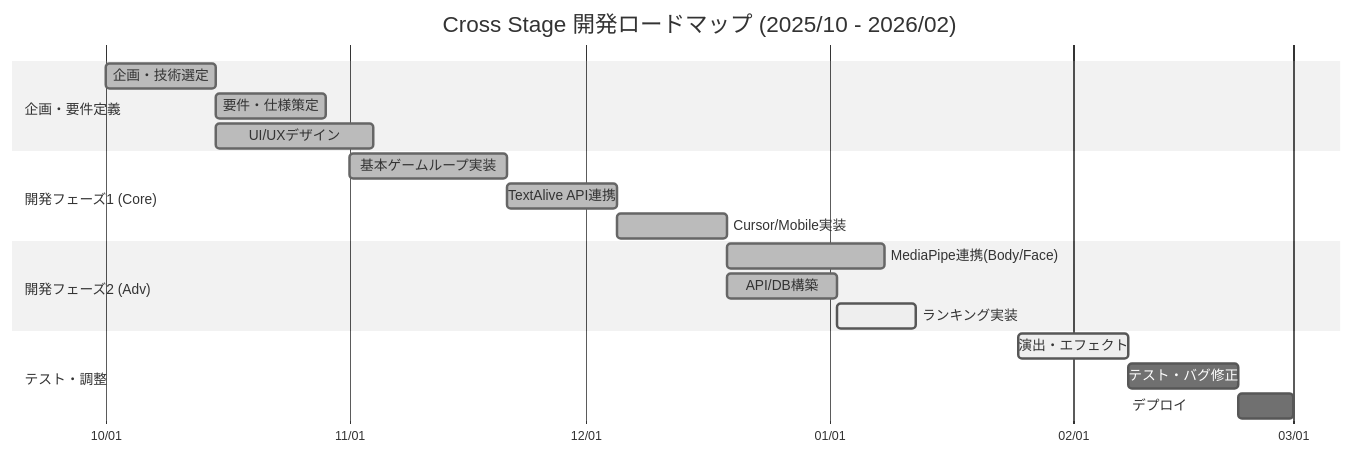
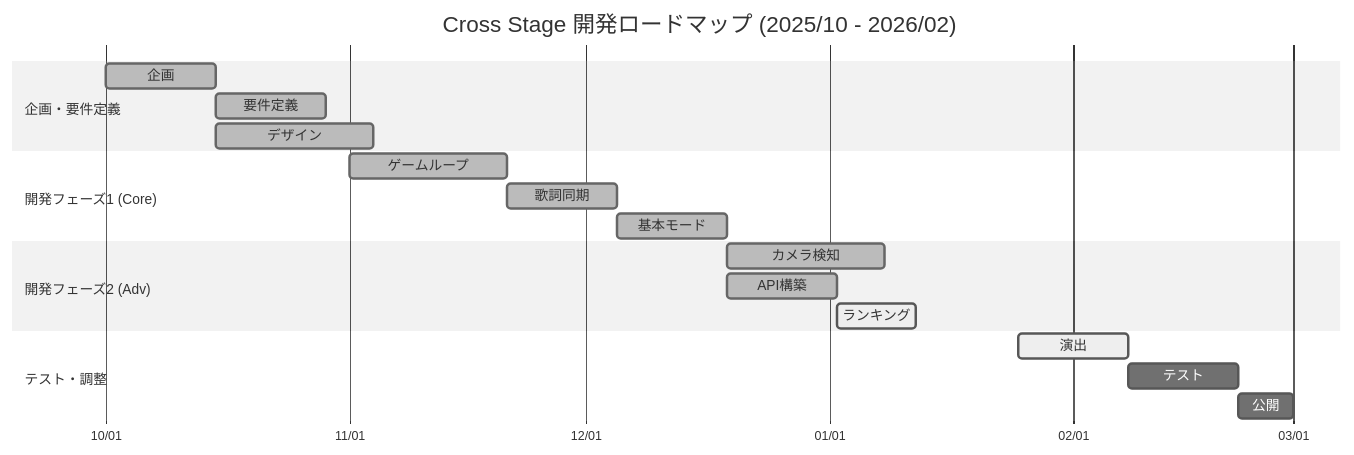
The sixth of 9 diagrams in README.md (syusyusyusyu/star), drawn with Mermaid (neutral theme) before and after one commit.

Commit message:
fix: READMEの開発フェーズにおける表記を修正

````diff
--- a/README.md
+++ b/README.md
@@ -195,26 +195,26 @@
 ```mermaid
 gantt
     title Cross Stage 開発ロードマップ (2025/10 - 2026/02)
     dateFormat  YYYY-MM-DD
     axisFormat %m/%d
     
     section 企画・要件定義
-    企画・技術選定       :done, a1, 2025-10-01, 14d
-    要件・仕様策定       :done, a2, after a1, 14d
-    UI/UXデザイン           :done, a3, after a1, 20d
+    企画               :done, a1, 2025-10-01, 14d
+    要件定義           :done, a2, after a1, 14d
+    デザイン           :done, a3, after a1, 20d
     
     section 開発フェーズ1 (Core)
-    基本ゲームループ実装     :done, b1, 2025-11-01, 20d
-    TextAlive API連携       :done, b2, after b1, 14d
-    Cursor/Mobile実装       :done, b3, after b2, 14d
+    ゲームループ       :done, b1, 2025-11-01, 20d
+    歌詞同期           :done, b2, after b1, 14d
+    基本モード         :done, b3, after b2, 14d
     
     section 開発フェーズ2 (Adv)
-    MediaPipe連携(Body/Face):done, c1, after b3, 20d
-    API/DB構築              :done, c2, after b3, 14d
-    ランキング実装           :active, c3, after c2, 10d
+    カメラ検知         :done, c1, after b3, 20d
+    API構築            :done, c2, after b3, 14d
+    ランキング         :active, c3, after c2, 10d
     
     section テスト・調整
-    演出・エフェクト         :active, d1, 2026-01-25, 14d
-    テスト・バグ修正         :d2, after d1, 14d
-    デプロイ           　　　:d3, after d2, 7d
+    演出               :active, d1, 2026-01-25, 14d
+    テスト             :d2, after d1, 14d
+    公開               :d3, after d2, 7d
 ```
````
